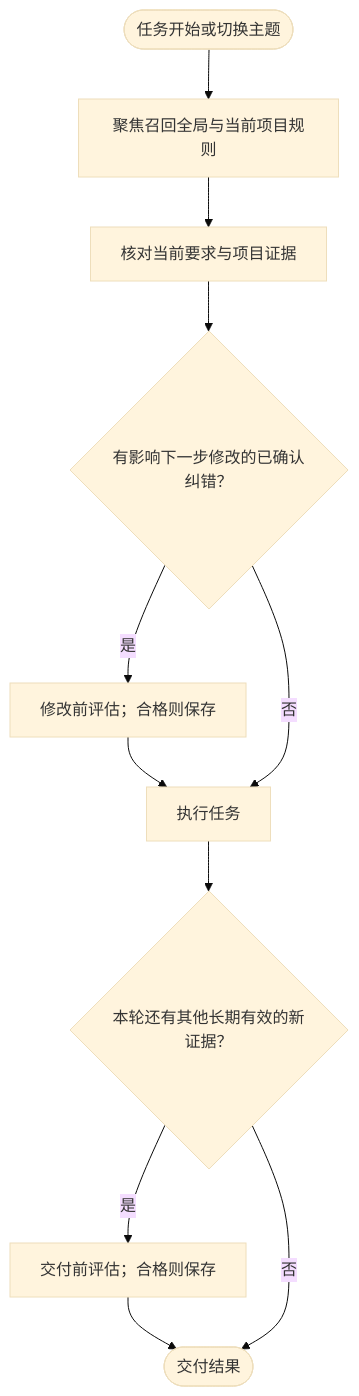
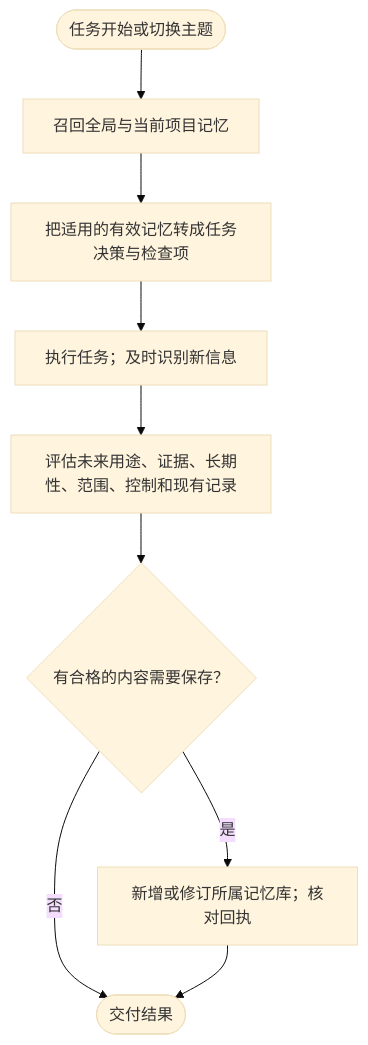
The first of 2 diagrams in docs/readme/README.zh-CN.md (chrisstarr7/dev-memory), drawn with Mermaid (base theme) before and after one commit. The commit also changed other lines of this file and 6 other files, not shown here.

````diff
--- a/docs/readme/README.zh-CN.md
+++ b/docs/readme/README.zh-CN.md
@@ -63,13 +63,11 @@
 ```mermaid
 flowchart TD
-    S([任务开始或切换主题]) --> R[聚焦召回全局与当前项目规则]
-    R --> V[核对当前要求与项目证据]
-    V --> C{有影响下一步修改的已确认纠错？}
-    C -->|是| P[修改前评估；合格则保存]
-    P --> W[执行任务]
-    C -->|否| W
-    W --> N{本轮还有其他长期有效的新证据？}
-    N -->|是| Q[交付前评估；合格则保存]
-    Q --> F([交付结果])
-    N -->|否| F
+    S([任务开始或切换主题]) --> R[召回全局与当前项目记忆]
+    R --> A[把适用的有效记忆转成任务决策与检查项]
+    A --> W[执行任务；及时识别新信息]
+    W --> E[评估未来用途、证据、长期性、范围、控制和现有记录]
+    E --> G{有合格的内容需要保存？}
+    G -->|否| F([交付结果])
+    G -->|是| P[新增或修订所属记忆库；核对回执]
+    P --> F
 ```
````
